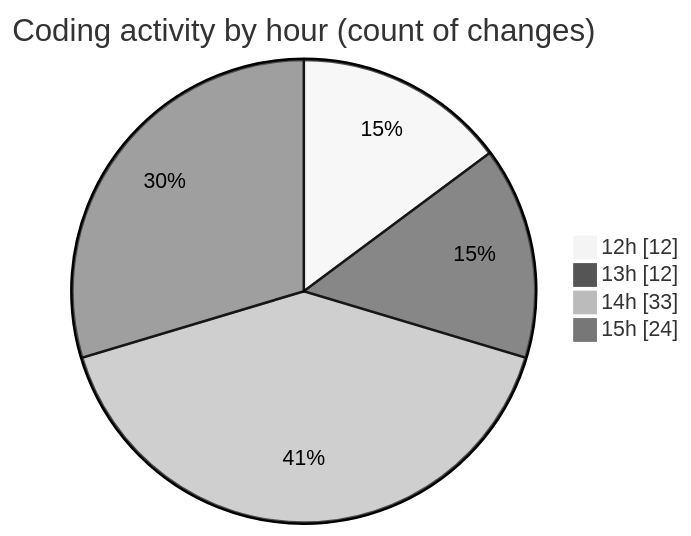
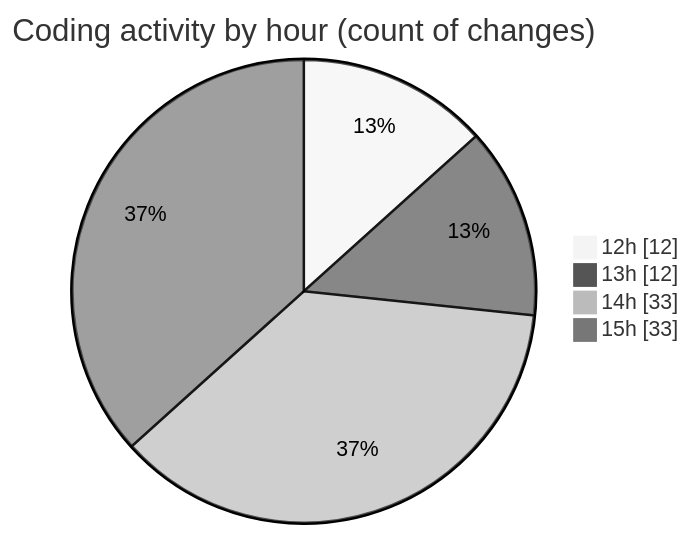
One commit to momahboobian/code-tracking changed the second of 2 diagrams in 2025-09-24/cda/README.md. Above: the diagram before and after it, drawn with Mermaid (neutral theme). The commit also changed other lines of this file and 1 other file, not shown here.

````diff
--- a/2025-09-24/cda/README.md
+++ b/2025-09-24/cda/README.md
@@ -38,8 +38,8 @@
 ```mermaid
 pie showData
 title Coding activity by hour (count of changes)
 "12h" : 12
 "13h" : 12
 "14h" : 33
-"15h" : 24
+"15h" : 33
 ```
````
